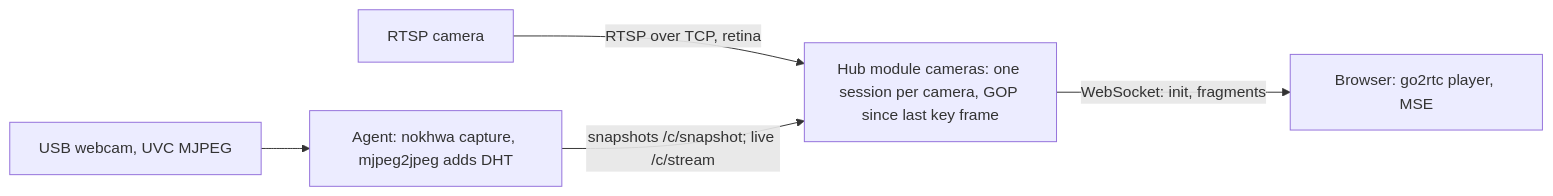
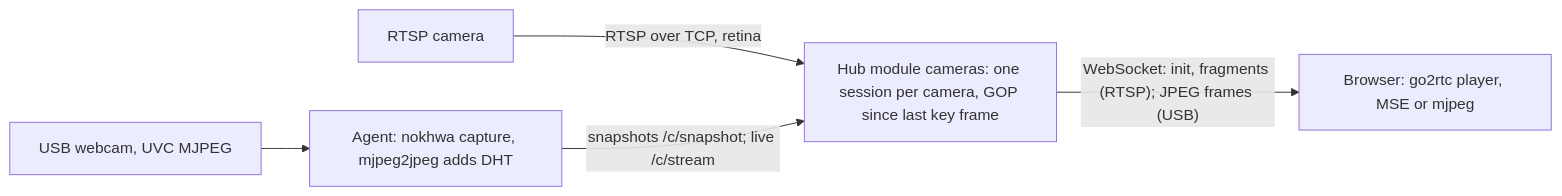
One commit to CuriousTimo/Maker-Connect changed the diagram in docs/design/cameras.md. Above: the diagram before and after it, drawn with Mermaid. The commit also changed other lines of this file and 5 other files, not shown here.

````diff
--- a/docs/design/cameras.md
+++ b/docs/design/cameras.md
@@ -14,12 +14,12 @@
 ```mermaid
 flowchart LR
   rtspcam["RTSP camera"]
   usbcam["USB webcam, UVC MJPEG"]
   agent["Agent: nokhwa capture, mjpeg2jpeg adds DHT"]
   hub["Hub module cameras: one session per camera, GOP since last key frame"]
-  browser["Browser: go2rtc player, MSE"]
+  browser["Browser: go2rtc player, MSE or mjpeg"]
   rtspcam -->|"RTSP over TCP, retina"| hub
   usbcam --> agent
   agent -->|"snapshots /c/snapshot; live /c/stream"| hub
-  hub -->|"WebSocket: init, fragments"| browser
+  hub -->|"WebSocket: init, fragments (RTSP); JPEG frames (USB)"| browser
 ```
````
